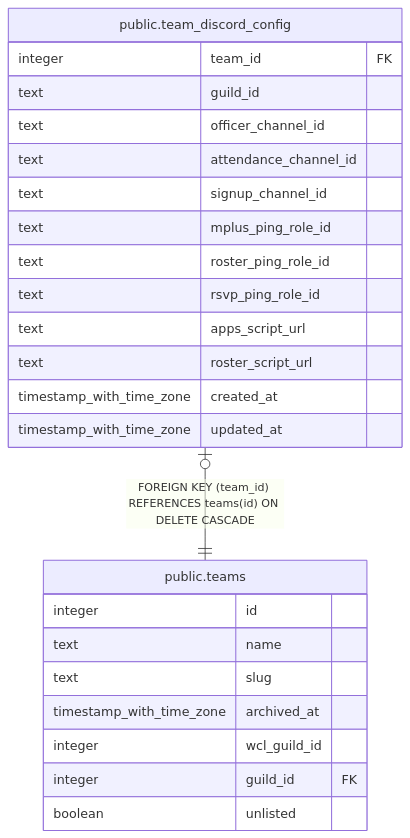
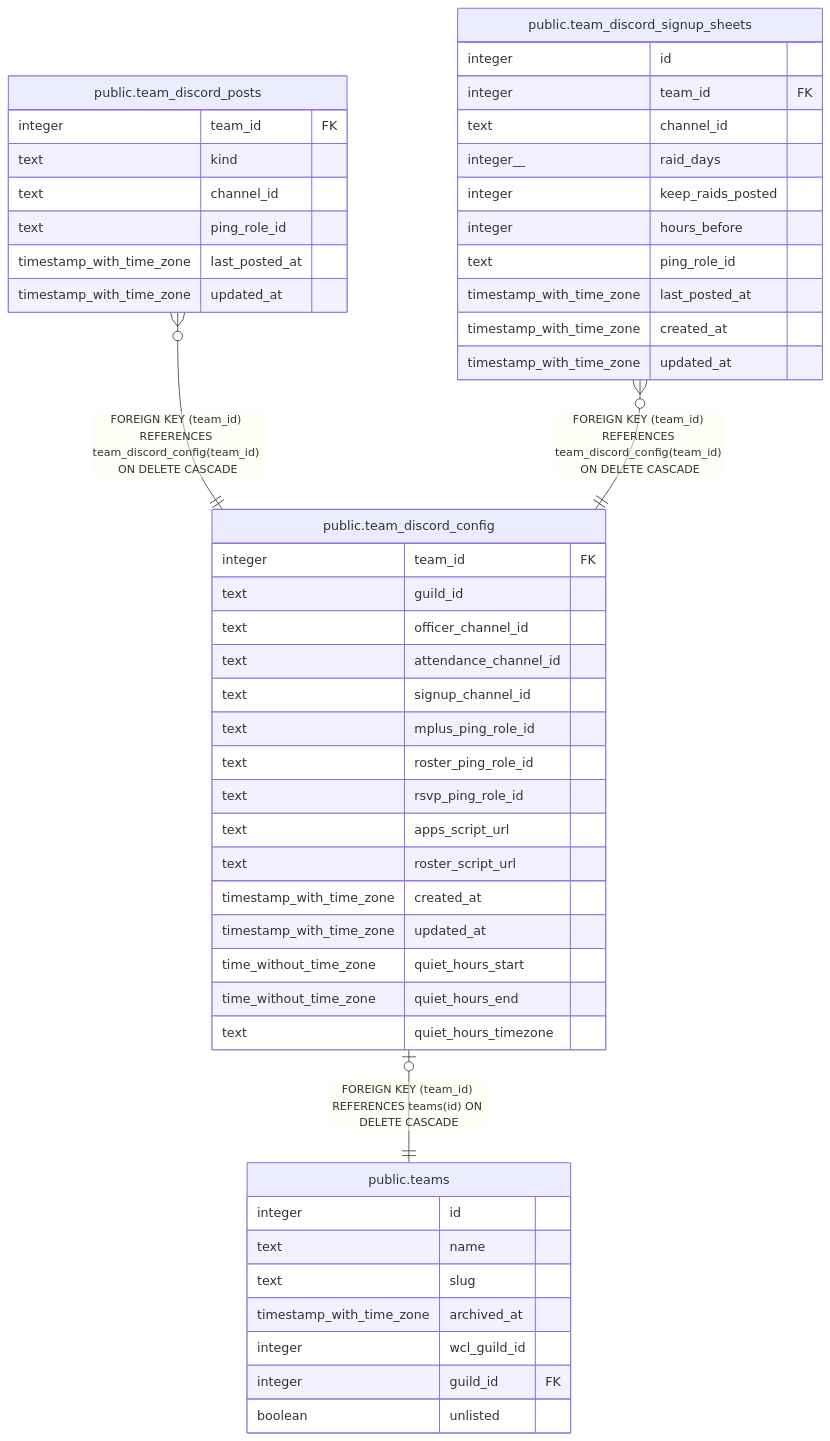
The diagram in dbdoc/public.team_discord_config.md (katogaming88/WGA-Raid-Hub), drawn with Mermaid before and after one commit. The commit also changed other lines of this file and 27 other files, not shown here.

First line of the commit message:
A team's Discord settings in the database, changed by its officers (#1712)

````diff
--- a/dbdoc/public.team_discord_config.md
+++ b/dbdoc/public.team_discord_config.md
@@ -45,29 +43,54 @@
 ```mermaid
 erDiagram
 
 "public.team_discord_config" |o--|| "public.teams" : "FOREIGN KEY (team_id) REFERENCES teams(id) ON DELETE CASCADE"
+"public.team_discord_posts" }o--|| "public.team_discord_config" : "FOREIGN KEY (team_id) REFERENCES team_discord_config(team_id) ON DELETE CASCADE"
+"public.team_discord_signup_sheets" }o--|| "public.team_discord_config" : "FOREIGN KEY (team_id) REFERENCES team_discord_config(team_id) ON DELETE CASCADE"
 
 "public.team_discord_config" {
   integer team_id FK
   text guild_id
   text officer_channel_id
   text attendance_channel_id
   text signup_channel_id
   text mplus_ping_role_id
   text roster_ping_role_id
   text rsvp_ping_role_id
   text apps_script_url
   text roster_script_url
   timestamp_with_time_zone created_at
   timestamp_with_time_zone updated_at
+  time_without_time_zone quiet_hours_start
+  time_without_time_zone quiet_hours_end
+  text quiet_hours_timezone
 }
 "public.teams" {
   integer id
   text name
   text slug
   timestamp_with_time_zone archived_at
   integer wcl_guild_id
   integer guild_id FK
   boolean unlisted
 }
+"public.team_discord_posts" {
+  integer team_id FK
+  text kind
+  text channel_id
+  text ping_role_id
+  timestamp_with_time_zone last_posted_at
+  timestamp_with_time_zone updated_at
+}
+"public.team_discord_signup_sheets" {
+  integer id
+  integer team_id FK
+  text channel_id
+  integer__ raid_days
+  integer keep_raids_posted
+  integer hours_before
+  text ping_role_id
+  timestamp_with_time_zone last_posted_at
+  timestamp_with_time_zone created_at
+  timestamp_with_time_zone updated_at
+}
 ```
````
